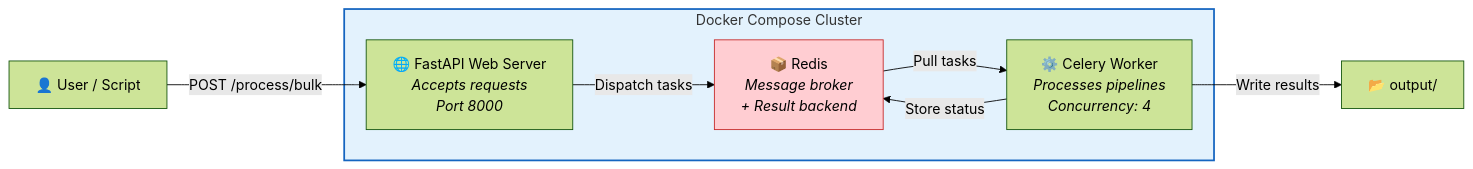
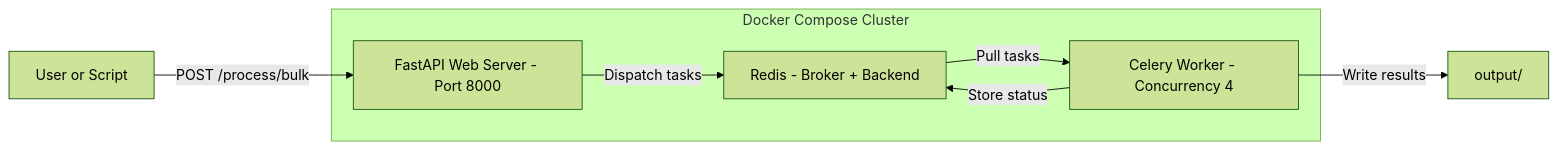
One commit to sushantkumar143/Multi-source-Candidate-Profile-Transformer changed the sixth of 6 diagrams in README.md. Above: the diagram before and after it, drawn with Mermaid (forest theme). The commit also changed other lines of this file, not shown here.

Commit message:
fix: remove CDATA wrapper and HTML in Mermaid labels breaking GitHub rendering

````diff
--- a/README.md
+++ b/README.md
@@ -664,17 +670,14 @@
 ```mermaid
 graph LR
     subgraph Docker["Docker Compose Cluster"]
-        WEB["🌐 FastAPI Web Server<br/><i>Accepts requests</i><br/><i>Port 8000</i>"]
-        WORKER["⚙️ Celery Worker<br/><i>Processes pipelines</i><br/><i>Concurrency: 4</i>"]
-        REDIS["📦 Redis<br/><i>Message broker</i><br/><i>+ Result backend</i>"]
+        WEB["FastAPI Web Server - Port 8000"]
+        WORKER["Celery Worker - Concurrency 4"]
+        REDIS["Redis - Broker + Backend"]
     end
 
-    USER["👤 User / Script"] -->|"POST /process/bulk"| WEB
+    USER["User or Script"] -->|"POST /process/bulk"| WEB
     WEB -->|"Dispatch tasks"| REDIS
     REDIS -->|"Pull tasks"| WORKER
-    WORKER -->|"Write results"| OUTPUT["📂 output/"]
+    WORKER -->|"Write results"| OUTPUT["output/"]
     WORKER -->|"Store status"| REDIS
-
-    style Docker fill:#E3F2FD,stroke:#1565C0,stroke-width:2px
-    style REDIS fill:#FFCDD2,stroke:#C62828
 ```
````
